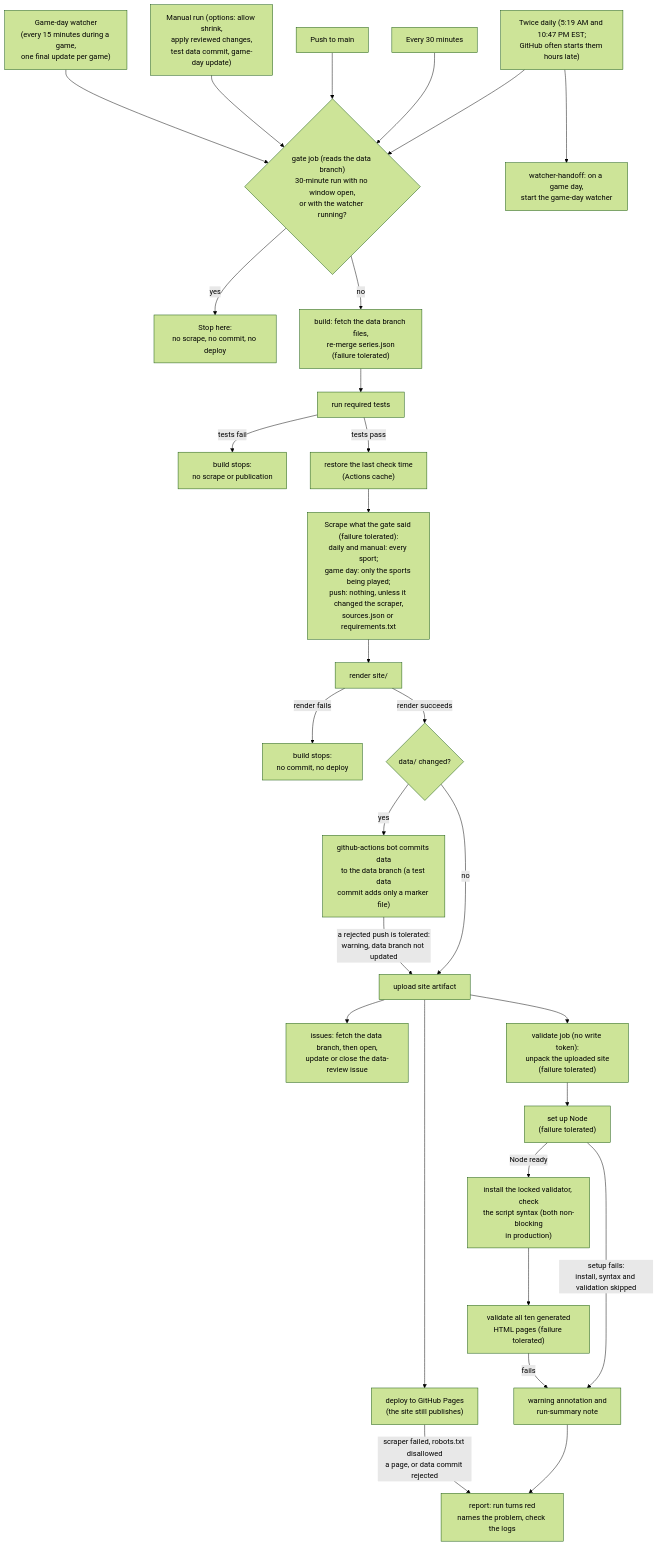
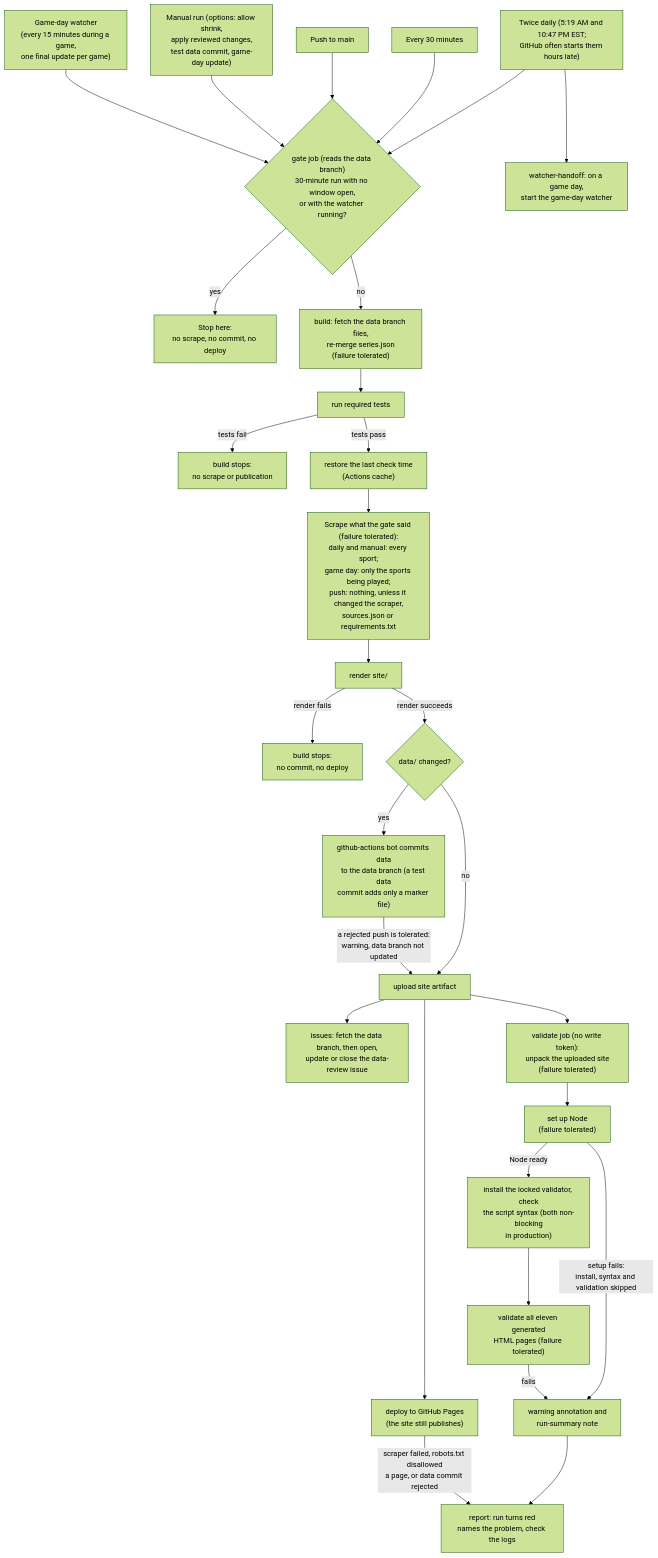
The second of 6 diagrams in README.md (jacksonmote/DePauw-vs-Wabash-web), drawn with Mermaid (forest theme) before and after one commit. The commit also changed other lines of this file and 18 other files, not shown here.

````diff
--- a/README.md
+++ b/README.md
@@ -273,32 +275,32 @@
 ```mermaid
 flowchart TD
   T1["Twice daily (5:19 AM and 10:47 PM EST;<br/>GitHub often starts them hours late)"] --> G
   T1 --> HO["watcher-handoff: on a game day,<br/>start the game-day watcher"]
   T2["Every 30 minutes"] --> G
   T3["Push to main"] --> G
   T4["Manual run (options: allow shrink,<br/>apply reviewed changes,<br/>test data commit, game-day update)"] --> G
   T5["Game-day watcher<br/>(every 15 minutes during a game,<br/>one final update per game)"] --> G
   G{"gate job (reads the data branch)<br/>30-minute run with no window open,<br/>or with the watcher running?"}
   G -- "yes" --> X["Stop here:<br/>no scrape, no commit, no deploy"]
   G -- "no" --> F["build: fetch the data branch files,<br/>re-merge series.json<br/>(failure tolerated)"]
   F --> B["run required tests"]
   B -- "tests fail" --> TF["build stops:<br/>no scrape or publication"]
   B -- "tests pass" --> LC2["restore the last check time<br/>(Actions cache)"]
   LC2 --> S["Scrape what the gate said (failure tolerated):<br/>daily and manual: every sport;<br/>game day: only the sports being played;<br/>push: nothing, unless it changed the scraper,<br/>sources.json or requirements.txt"]
   S --> R["render site/"]
   R -- "render fails" --> RF["build stops:<br/>no commit, no deploy"]
   R -- "render succeeds" --> C{"data/ changed?"}
   C -- "yes" --> CM["github-actions bot commits data<br/>to the data branch (a test data<br/>commit adds only a marker file)"]
   C -- "no" --> U
   CM -- "a rejected push is tolerated:<br/>warning, data branch not updated" --> U["upload site artifact"]
   U --> D["deploy to GitHub Pages<br/>(the site still publishes)"]
   U --> IS["issues: fetch the data branch, then open,<br/>update or close the data-review issue"]
   U --> VJ["validate job (no write token):<br/>unpack the uploaded site<br/>(failure tolerated)"]
   VJ --> N["set up Node<br/>(failure tolerated)"]
   N -- "Node ready" --> JS["install the locked validator, check<br/>the script syntax (both non-blocking<br/>in production)"]
-  JS --> V["validate all ten generated<br/>HTML pages (failure tolerated)"]
+  JS --> V["validate all eleven generated<br/>HTML pages (failure tolerated)"]
   N -- "setup fails:<br/>install, syntax and validation skipped" --> W["warning annotation and<br/>run-summary note"]
   V -- "fails" --> W
   W --> RP
   D -- "scraper failed, robots.txt disallowed<br/>a page, or data commit rejected" --> RP["report: run turns red<br/>names the problem, check the logs"]
 ```
````
